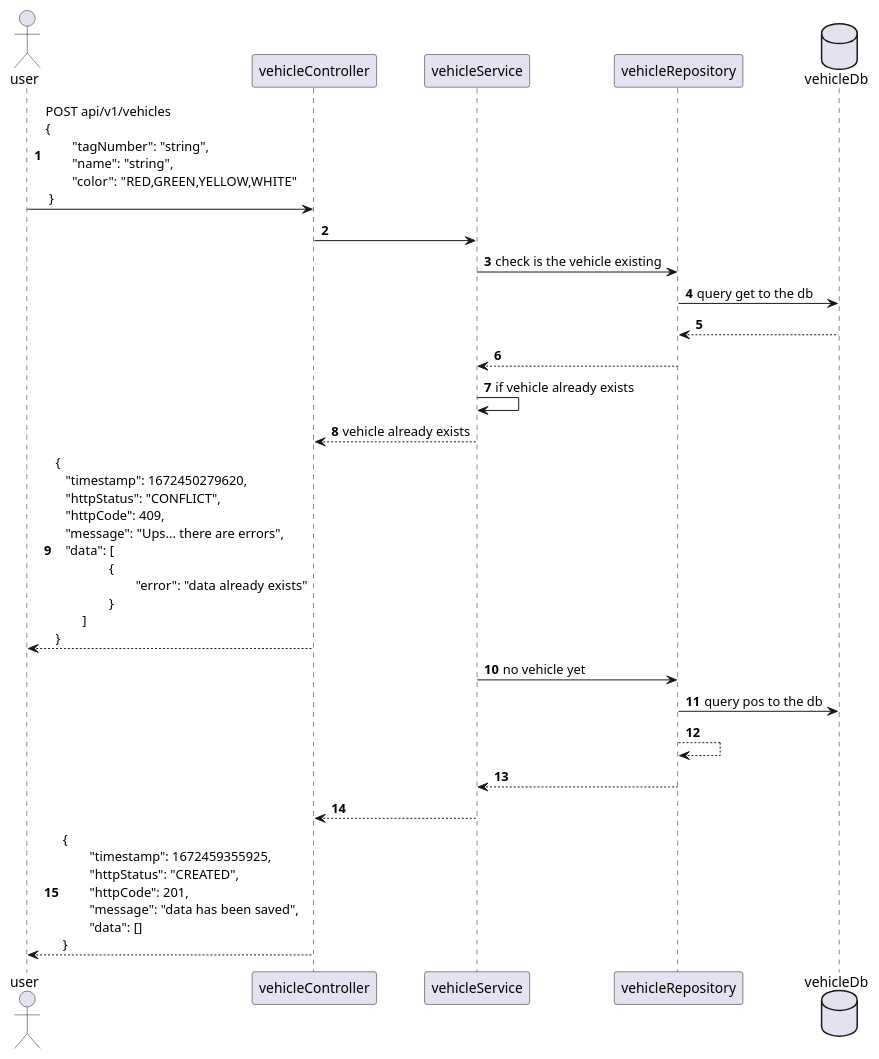
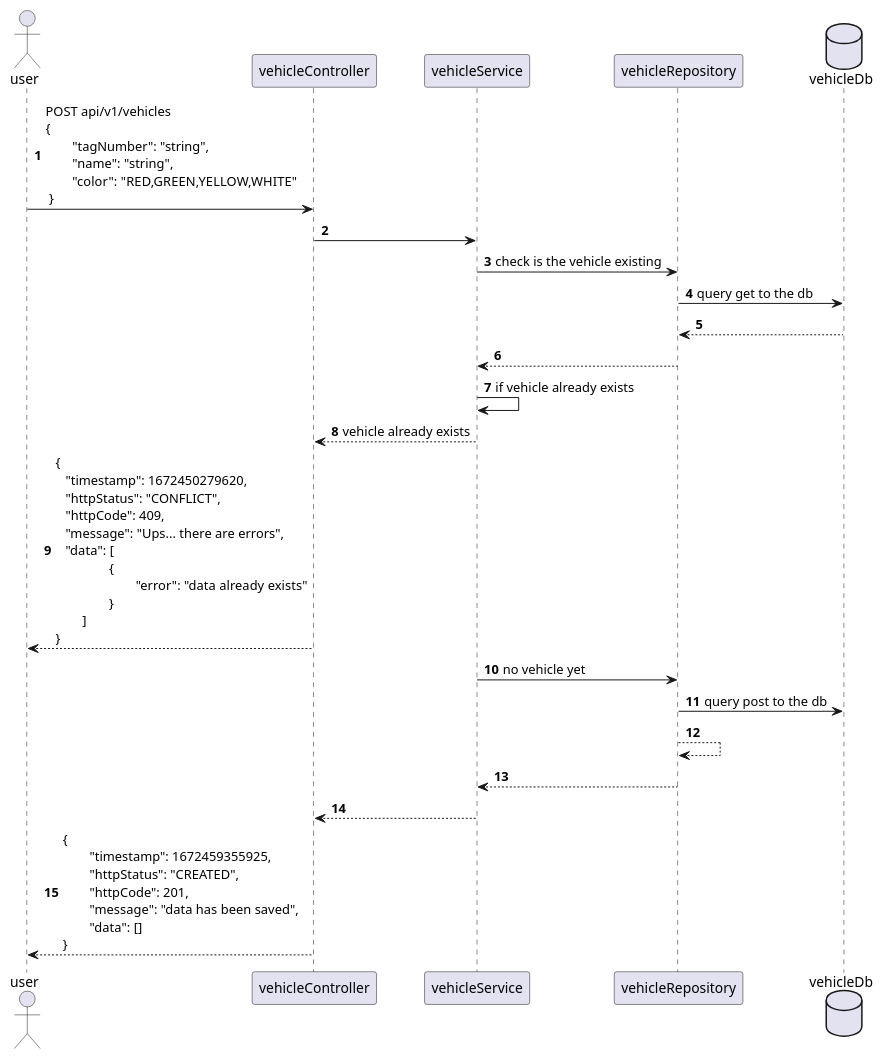
The diagram in squence-create.puml (syahridomualim/vehicle-api), drawn with PlantUML before and after one commit. The commit also changed 1 other file, not shown here.

Commit message:
fixing create vehicle flow

```diff
--- a/squence-create.puml
+++ b/squence-create.puml
@@ -1,27 +1,27 @@
 @startuml
 'https://plantuml.com/sequence-diagram
 
 autonumber
 
 actor user
 participant vehicleController
 participant vehicleService
 participant vehicleRepository
 database vehicleDb
 user -> vehicleController : POST api/v1/vehicles\n{\n\t"tagNumber": "string",\n\t"name": "string",\n\t"color": "RED,GREEN,YELLOW,WHITE"\n }
 vehicleController -> vehicleService
 vehicleService -> vehicleRepository: check is the vehicle existing
 vehicleRepository -> vehicleDb: query get to the db
 vehicleDb --> vehicleRepository
 vehicleRepository --> vehicleService
 vehicleService -> vehicleService: if vehicle already exists
 vehicleService --> vehicleController : vehicle already exists
 vehicleController --> user : {\n   "timestamp": 1672450279620,\n   "httpStatus": "CONFLICT",\n   "httpCode": 409,\n   "message": "Ups... there are errors",\n   "data": [\n\t\t{\n\t\t\t"error": "data already exists"\n\t\t}\n\t]\n}
 vehicleService -> vehicleRepository : no vehicle yet
-vehicleRepository -> vehicleDb: query pos to the db
+vehicleRepository -> vehicleDb: query post to the db
 vehicleRepository --> vehicleRepository
 vehicleRepository --> vehicleService
 vehicleService --> vehicleController
 vehicleController --> user : {\n\t"timestamp": 1672459355925,\n\t"httpStatus": "CREATED",\n\t"httpCode": 201,\n\t"message": "data has been saved",\n\t"data": []\n}
 
 @enduml
```
